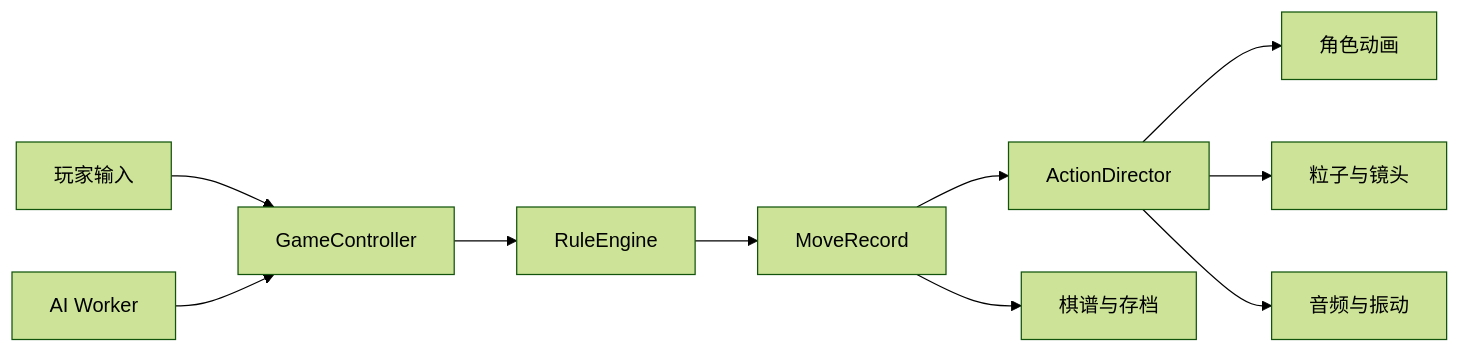
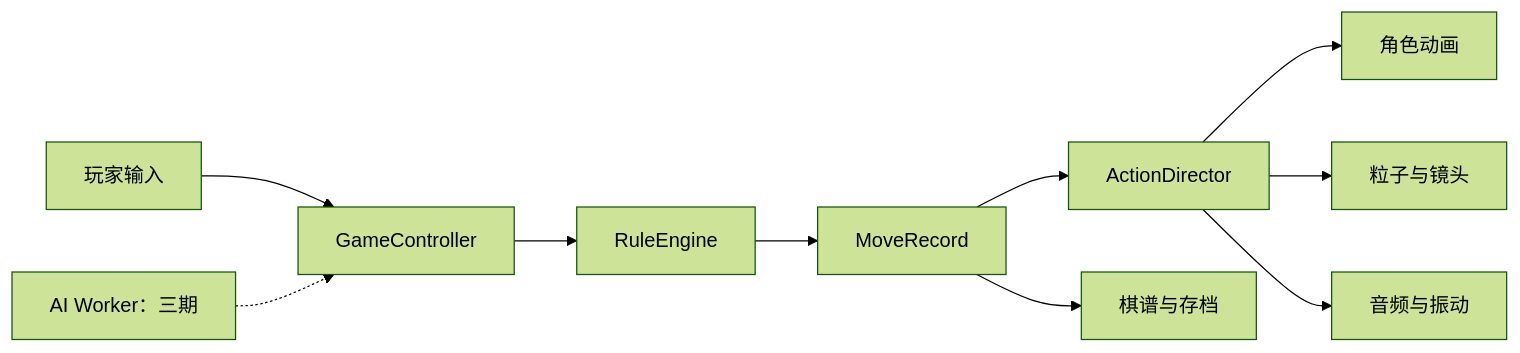
The diagram in PHASE_2_DEVELOPMENT_PLAN.md (wwweruu/cn_cheer), drawn with Mermaid (forest theme) before and after one commit. The commit also changed other lines of this file and 381 other files, not shown here.

````diff
--- a/PHASE_2_DEVELOPMENT_PLAN.md
+++ b/PHASE_2_DEVELOPMENT_PLAN.md
@@ -139,12 +165,12 @@
 ```mermaid
 flowchart LR
     A[玩家输入] --> C[GameController]
-    B[AI Worker] --> C
+    B[AI Worker：三期] -.-> C
     C --> D[RuleEngine]
     D --> E[MoveRecord]
     E --> F[ActionDirector]
     F --> G[角色动画]
     F --> H[粒子与镜头]
     F --> I[音频与振动]
     E --> J[棋谱与存档]
 ```
````
